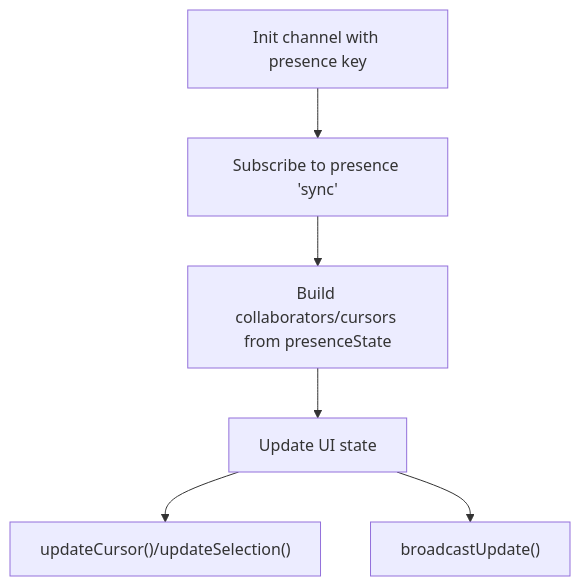
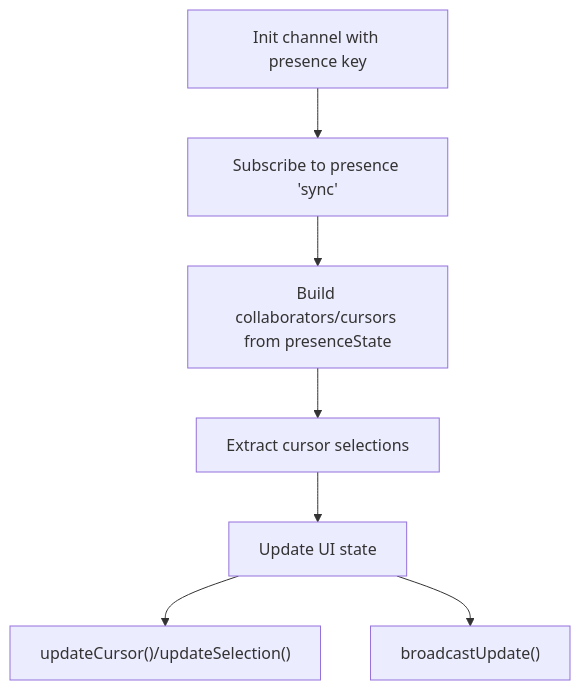
Before and after one commit to SinesysTech/zattar-os: the seventh of 9 diagrams in .qoder/repowiki/en/content/Real-time Features/Collaborative Editing.md, drawn with Mermaid. The commit also changed other lines of this file and 4 other files, not shown here.

````diff
--- a/.qoder/repowiki/en/content/Real-time Features/Collaborative Editing.md
+++ b/.qoder/repowiki/en/content/Real-time Features/Collaborative Editing.md
@@ -269,8 +302,9 @@
 ```mermaid
 flowchart TD
 Init["Init channel with presence key"] --> Sync["Subscribe to presence 'sync'"]
 Sync --> Compute["Build collaborators/cursors from presenceState"]
-Compute --> Render["Update UI state"]
+Compute --> Extract["Extract cursor selections"]
+Extract --> Render["Update UI state"]
 Render --> UpdateCursor["updateCursor()/updateSelection()"]
 Render --> Broadcast["broadcastUpdate()"]
 ```
````
